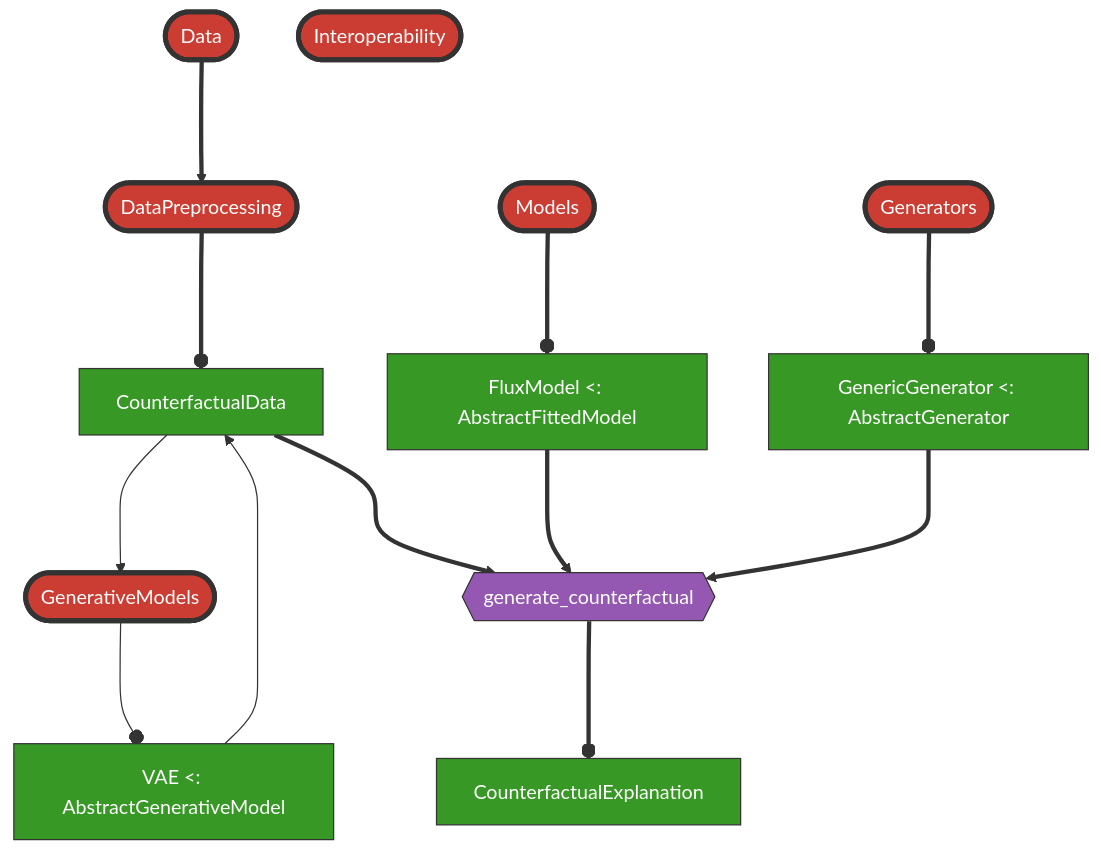
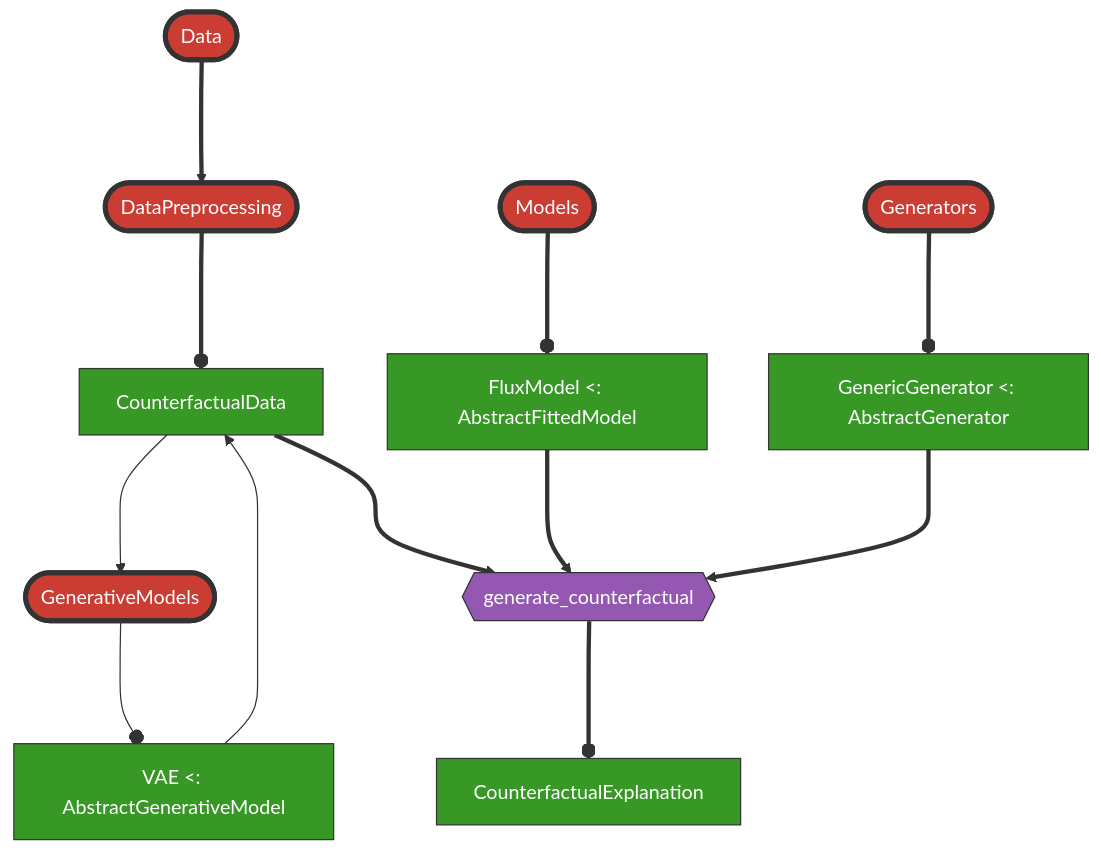
The diagram in dev/resources/pkg_architecture.mmd (JuliaTrustworthyAI/CounterfactualExplanations.jl), drawn with Mermaid before and after one commit. The commit also changed 65 other files, not shown here.

Commit message:
removed some clutter. Module imports now adhere to Blue style guide (more to do). Removed Interop. Removed redundant deps.

```diff
--- a/dev/resources/pkg_architecture.mmd
+++ b/dev/resources/pkg_architecture.mmd
@@ -1,37 +1,36 @@
 flowchart TB
 
     classDef module fill:#cb3c33,stroke:#333,color:#fff,stroke-width:4px;
     classDef struct fill:#389826,stroke:#333,color:#fff;
     classDef funct fill:#9558b2,stroke:#333,color:#fff;
     %% Components
     data(["Data"])
     generative(["GenerativeModels"])
     vae["VAE <: AbstractGenerativeModel"]
     data_pre(["DataPreprocessing"])
     c_data["CounterfactualData"]
     models(["Models"])
     model["FluxModel <: AbstractFittedModel"]
     generators(["Generators"])
     generator["GenericGenerator <: AbstractGenerator"]
-    interop(["Interoperability"])
     generate_counterfactual{{"generate_counterfactual"}}
     ce["CounterfactualExplanation"]
 
     class vae,c_data,model,generator,ce struct;
-    class data,generative,data_pre,models,generators,interop module;
+    class data,generative,data_pre,models,generators module;
     class generate_counterfactual funct;
 
     %% Graph
     data ===> data_pre
     data_pre ===o c_data
     c_data ---> generative 
     generative ---o vae
     vae ---> c_data
 
     models ===o model
 
     generators ===o generator
 
     c_data & model & generator ===> generate_counterfactual
 
     generate_counterfactual ===o ce
```
